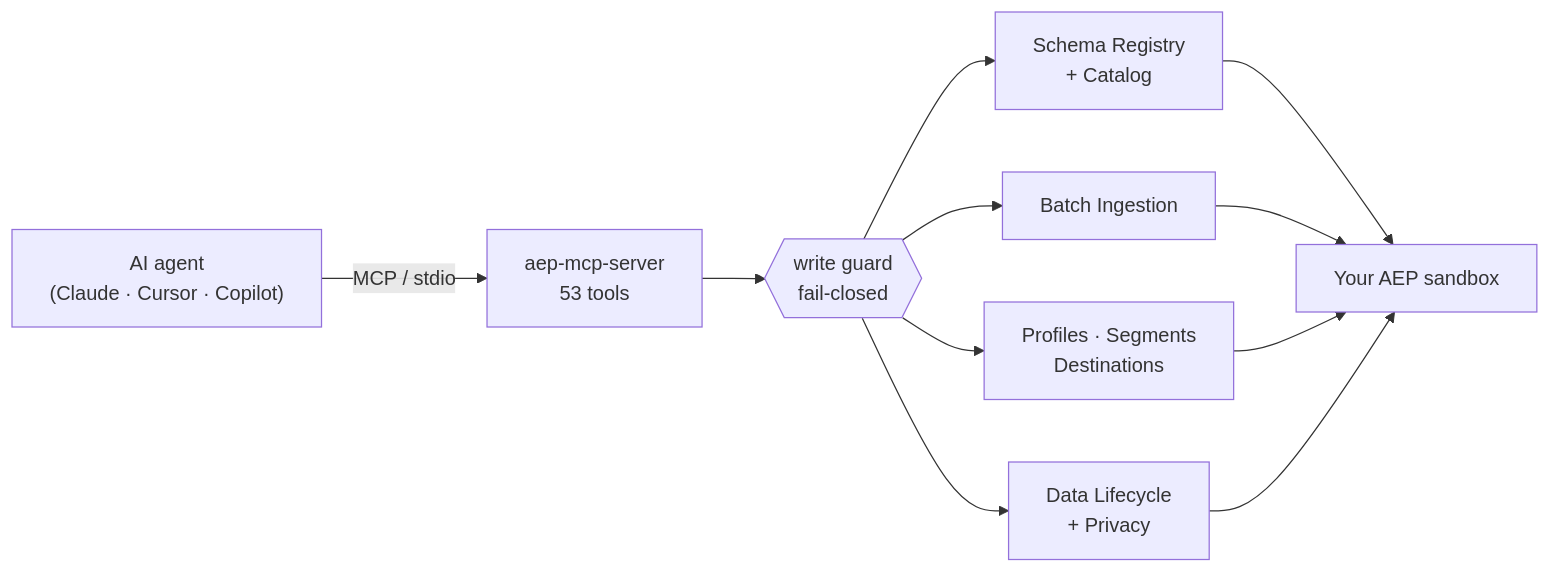
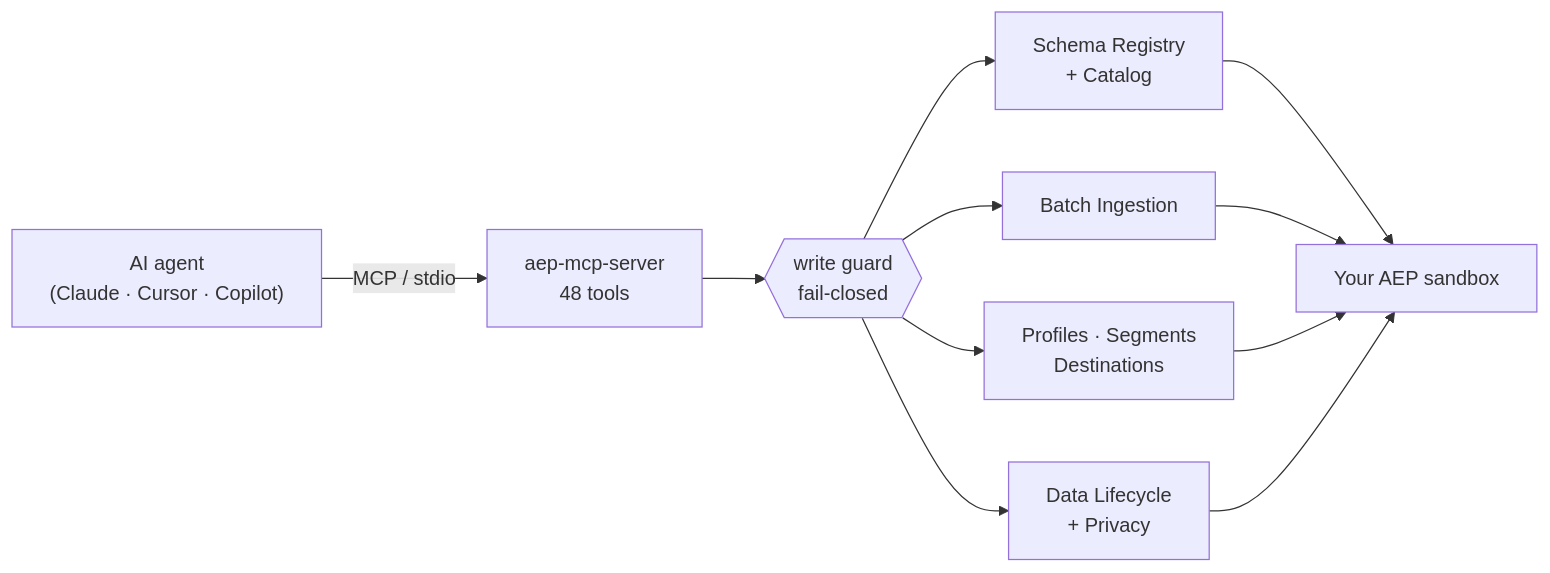
Before and after one commit to Focus-GTS/aep-mcp-server: the second of 3 diagrams in README.md, drawn with Mermaid. The commit also changed other lines of this file and 27 other files, not shown here.

````diff
--- a/README.md
+++ b/README.md
@@ -60,13 +60,13 @@
 ```mermaid
 flowchart LR
-  A["AI agent<br/>(Claude · Cursor · Copilot)"] -- MCP / stdio --> B["aep-mcp-server<br/>53 tools"]
+  A["AI agent<br/>(Claude · Cursor · Copilot)"] -- MCP / stdio --> B["aep-mcp-server<br/>48 tools"]
   B --> W{{"write guard<br/>fail-closed"}}
   W --> C["Schema Registry<br/>+ Catalog"]
   W --> D["Batch Ingestion"]
   W --> E["Profiles · Segments<br/>Destinations"]
   W --> G["Data Lifecycle<br/>+ Privacy"]
   C --> F["Your AEP sandbox"]
   D --> F
   E --> F
   G --> F
 ```
````
